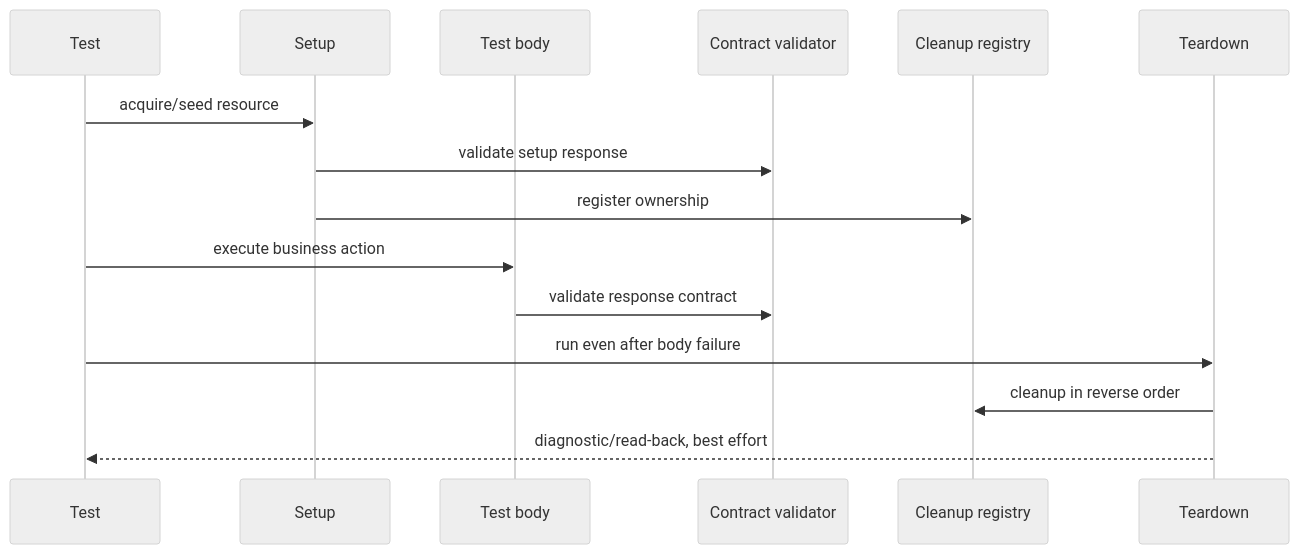
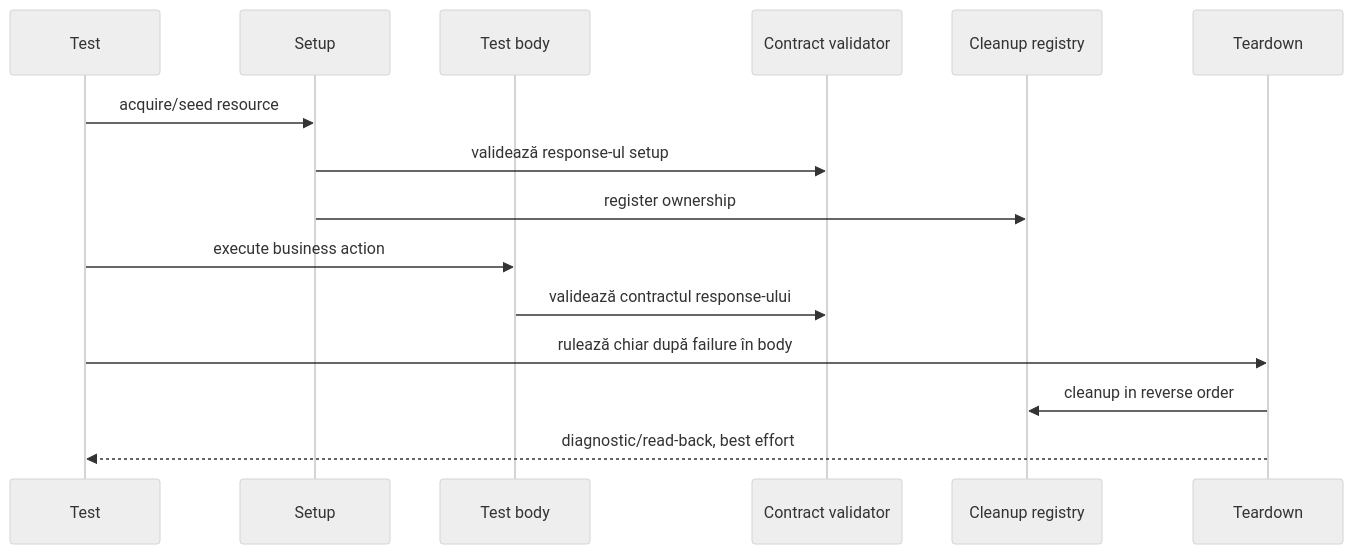
One commit to crististefanita/CS1 changed the seventh of 8 diagrams in docs/README_Atf_BestPractices.md. Above: the diagram before and after it, drawn with Mermaid (neutral theme). The commit also changed other lines of this file and 109 other files, not shown here.

````diff
--- a/docs/README_Atf_BestPractices.md
+++ b/docs/README_Atf_BestPractices.md
@@ -332,18 +351,18 @@
 ```mermaid
 sequenceDiagram
     participant T as Test
     participant S as Setup
     participant B as Test body
     participant V as Contract validator
     participant K as Cleanup registry
     participant D as Teardown
 
     T->>S: acquire/seed resource
-    S->>V: validate setup response
+    S->>V: validează response-ul setup
     S->>K: register ownership
     T->>B: execute business action
-    B->>V: validate response contract
-    T->>D: run even after body failure
+    B->>V: validează contractul response-ului
+    T->>D: rulează chiar după failure în body
     D->>K: cleanup in reverse order
     D-->>T: diagnostic/read-back, best effort
 ```
````
